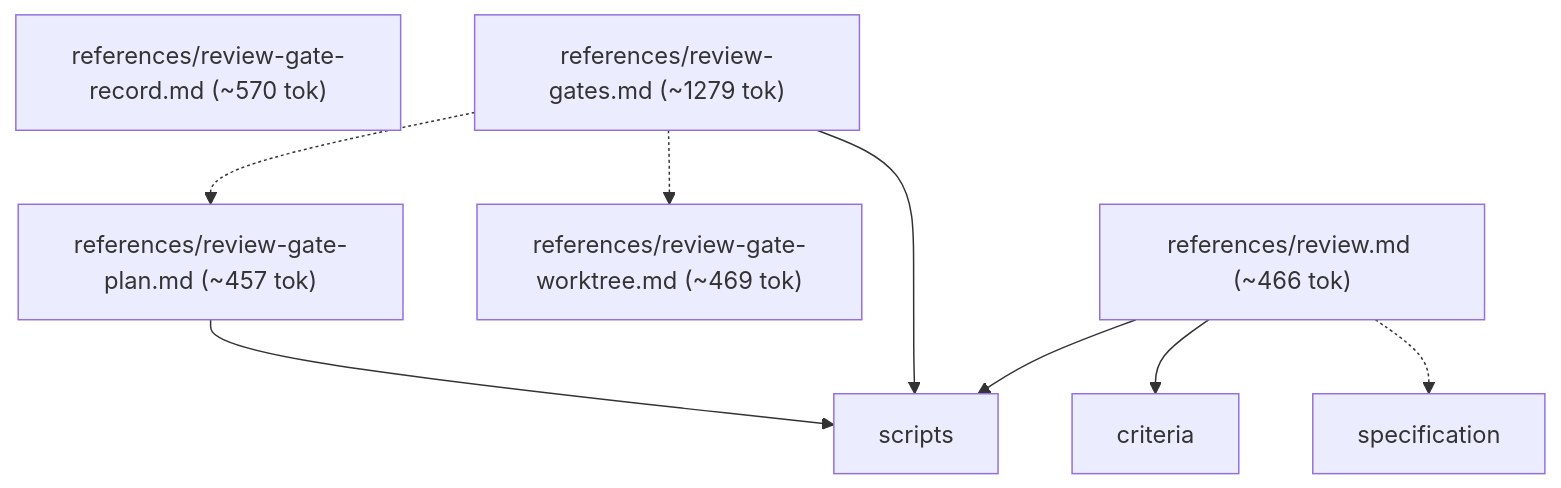
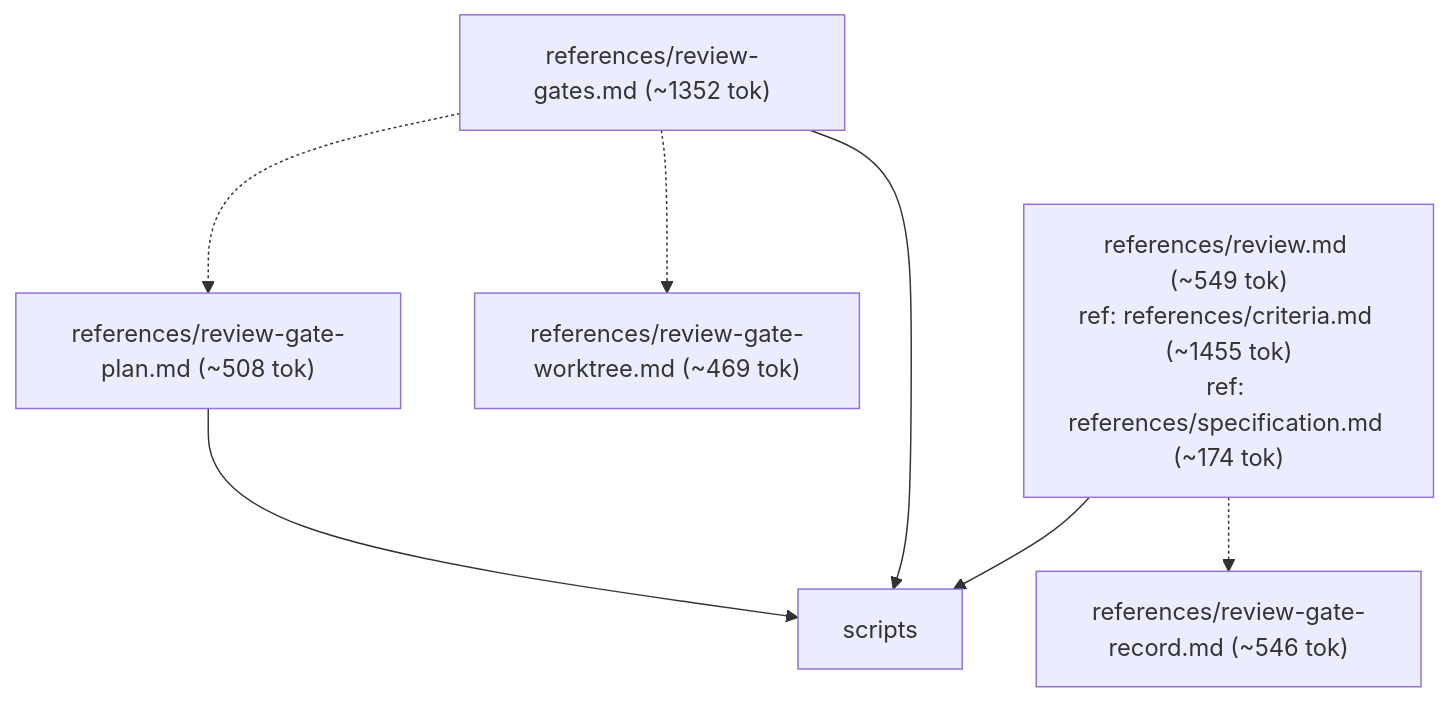
The third of 4 diagrams in skills/varde-agent-doc-authoring/FLOW.md (alecegg/varde), drawn with Mermaid before and after one commit. The commit also changed other lines of this file and 269 other files, not shown here.

````diff
--- a/skills/varde-agent-doc-authoring/FLOW.md
+++ b/skills/varde-agent-doc-authoring/FLOW.md
@@ -62,18 +44,15 @@
 ```mermaid
 flowchart TD
-  n0["references/review-gate-plan.md (~457 tok)"]
-  n1["references/review-gate-record.md (~570 tok)"]
+  n0["references/review-gate-plan.md (~508 tok)"]
+  n1["references/review-gate-record.md (~546 tok)"]
   n2["references/review-gate-worktree.md (~469 tok)"]
-  n3["references/review-gates.md (~1279 tok)"]
-  n4["references/review.md (~466 tok)"]
-  n5["criteria"]
-  n6["scripts"]
-  n7["specification"]
-  n0 --> n6
+  n3["references/review-gates.md (~1352 tok)"]
+  n4["references/review.md (~549 tok)<br/>ref: references/criteria.md (~1455 tok)<br/>ref: references/specification.md (~174 tok)"]
+  n5["scripts"]
+  n0 --> n5
   n3 -.-> n0
   n3 -.-> n2
-  n3 --> n6
+  n3 --> n5
+  n4 -.-> n1
   n4 --> n5
-  n4 -.-> n7
-  n4 --> n6
 ```
````
